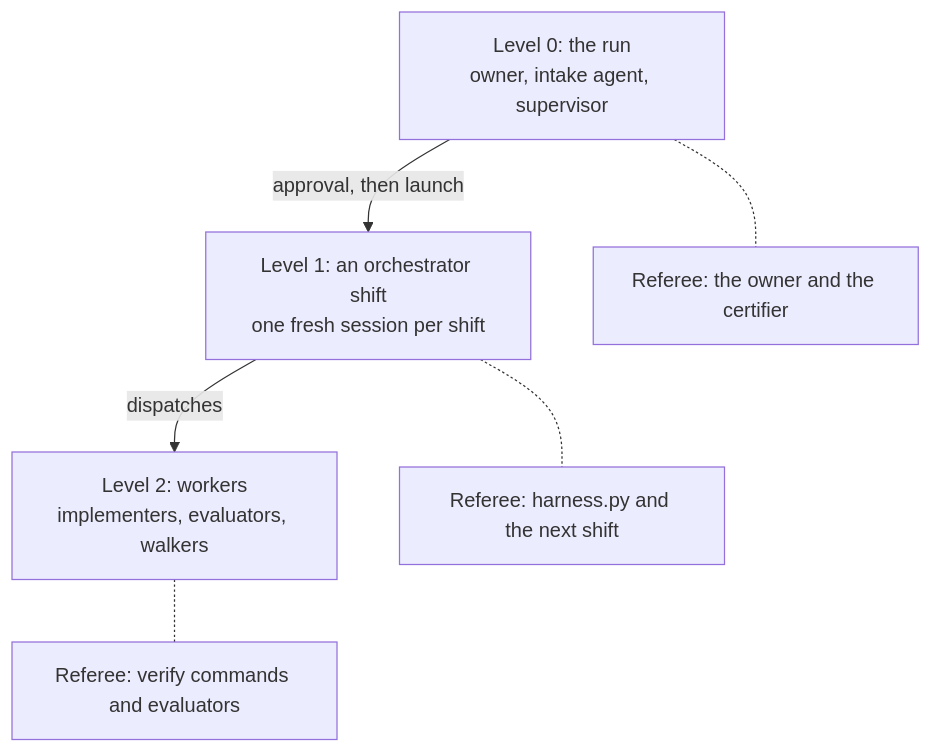
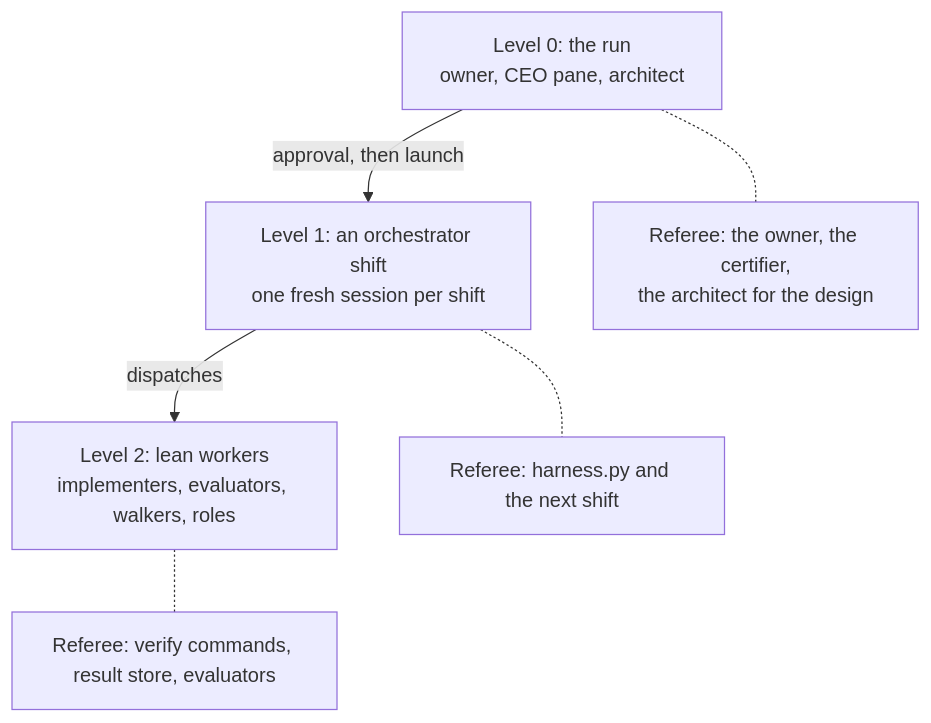
Before and after one commit to Pvragon/presentations: the third of 4 diagrams in pvragon/261021-long-run-harness-architecture.md, drawn with Mermaid. The commit also changed other lines of this file and 1 other file, not shown here.

First line of the commit message:
docs(pvragon): long-run architecture page v0.5.0, v0.3 and original-sketch comparison

````diff
--- a/pvragon/261021-long-run-harness-architecture.md
+++ b/pvragon/261021-long-run-harness-architecture.md
@@ -31,14 +107,14 @@
 ```mermaid
 flowchart TD
-    L0["Level 0: the run<br/>owner, intake agent, supervisor"]
+    L0["Level 0: the run<br/>owner, CEO pane, architect"]
     L1["Level 1: an orchestrator shift<br/>one fresh session per shift"]
-    L2["Level 2: workers<br/>implementers, evaluators, walkers"]
-    R0["Referee: the owner and the certifier"]
+    L2["Level 2: lean workers<br/>implementers, evaluators, walkers, roles"]
+    R0["Referee: the owner, the certifier,<br/>the architect for the design"]
     R1["Referee: harness.py and the next shift"]
-    R2["Referee: verify commands and evaluators"]
+    R2["Referee: verify commands, result store, evaluators"]
     L0 -->|"approval, then launch"| L1
     L1 -->|"dispatches"| L2
     L0 -.- R0
     L1 -.- R1
     L2 -.- R2
 ```
````
